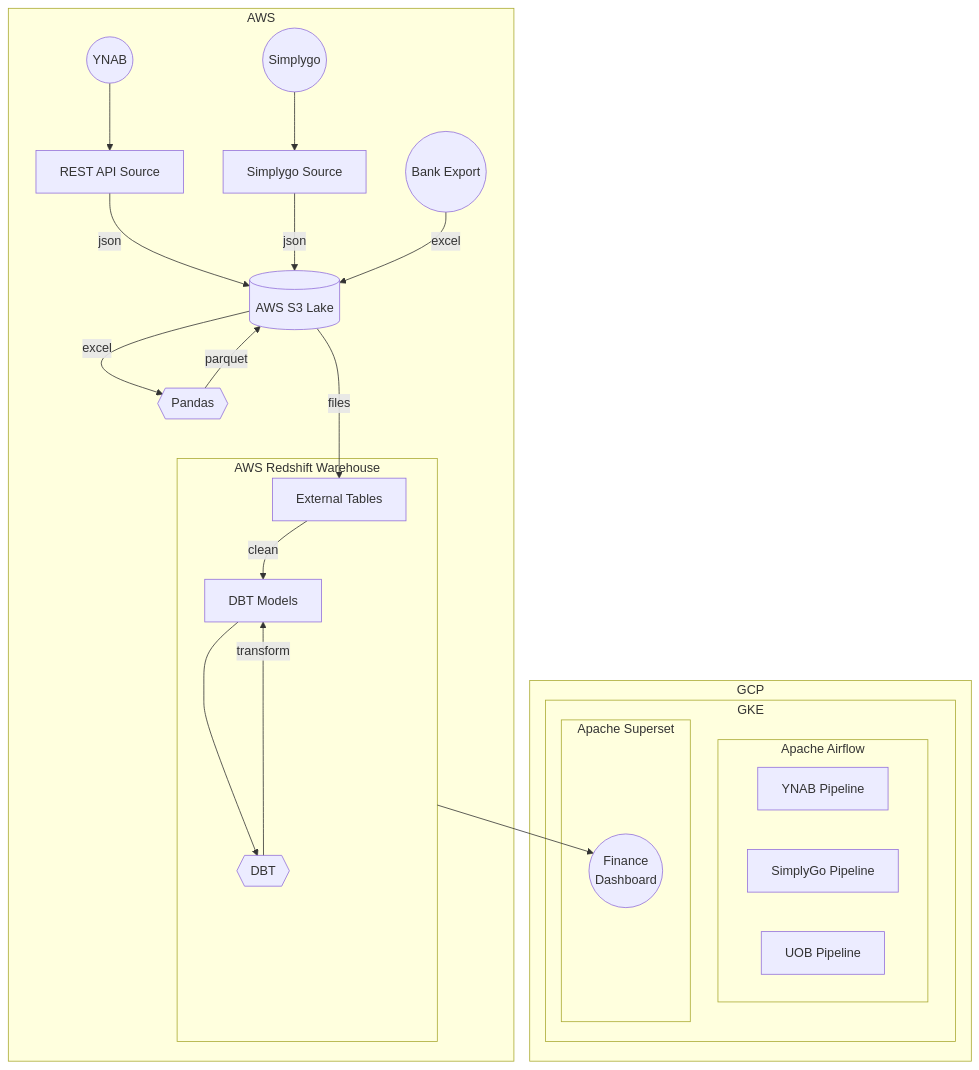
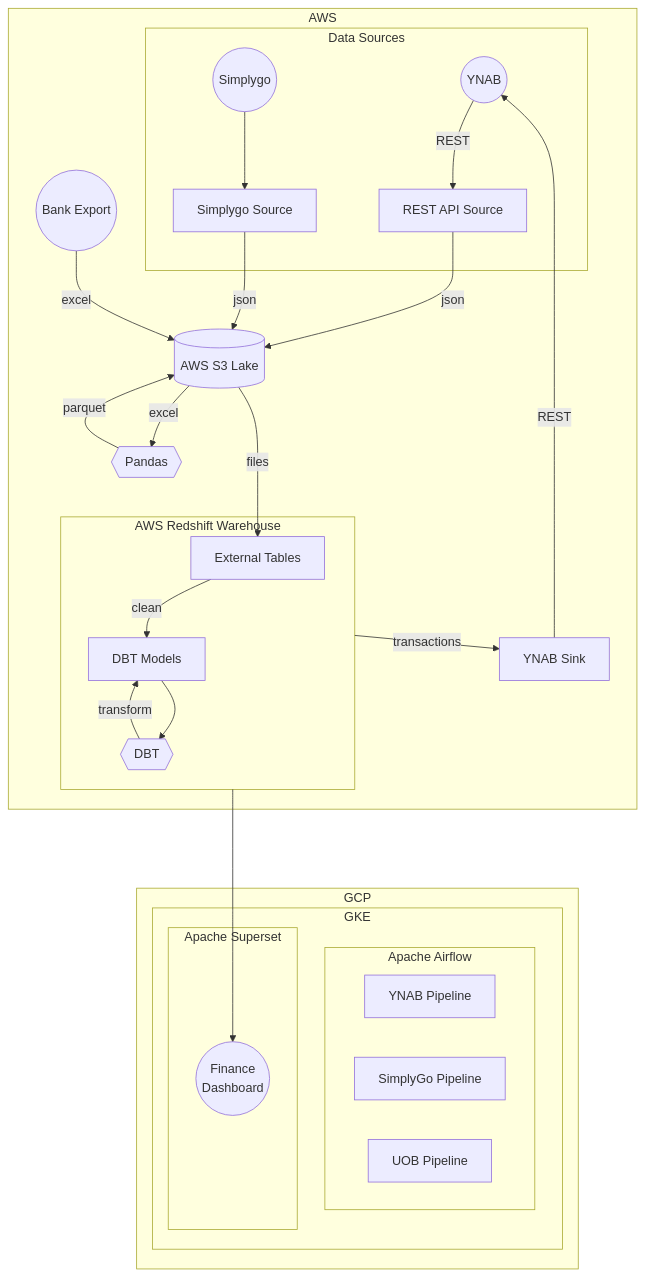
One commit to mrzzy/providence changed the first of 2 diagrams in README.md. Above: the diagram before and after it, drawn with Mermaid. The commit also changed other lines of this file, not shown here.

Commit message:
docs: update readme to include ynab-sink

````diff
--- a/README.md
+++ b/README.md
@@ -25,28 +37,33 @@
 ```mermaid
 flowchart TB
     subgraph AWS
-        ynab((YNAB)) --> rest-api[REST API Source]
-        simplygo-web((Simplygo)) --> simplygo[Simplygo Source]
+        subgraph src[Data Sources]
+            ynab((YNAB)) -->|REST| rest-api[REST API Source]
+            simplygo-web((Simplygo)) --> simplygo[Simplygo Source]
+        end
 
-        rest-api & simplygo -->|json| lake[(AWS S3 Lake)] --->|files| ext
-        uob((Bank Export)) -->|excel| lake -->|excel| pd{{Pandas}} -->|parquet| lake
+        rest-api & simplygo -->|json| lake[(AWS S3 Lake)]
+        uob((Bank Export)) -->|excel| lake --->|files| ext
+        lake -->|excel| pd{{Pandas}} -->|parquet| lake
 
         subgraph dw[AWS Redshift Warehouse]
             ext[External Tables] -->|clean| dbt-models[DBT Models]
             dbt-models --> dbt{{DBT}} -->|transform| dbt-models
         end
+
+        dw -->|transactions| ynab-sink[YNAB Sink] -->|REST| ynab
     end
-    dw ---> fin-dash
+    dw -----> fin-dash
     subgraph GCP
         subgraph GKE
             subgraph airflow[Apache Airflow]
                 ynab-pipe[YNAB Pipeline]
                 simplygo-pipe[SimplyGo Pipeline]
                 uob-pipe[UOB Pipeline]
             end
             subgraph superset[Apache Superset]
                 fin-dash((Finance\nDashboard))
             end
         end
     end
 ```
````
